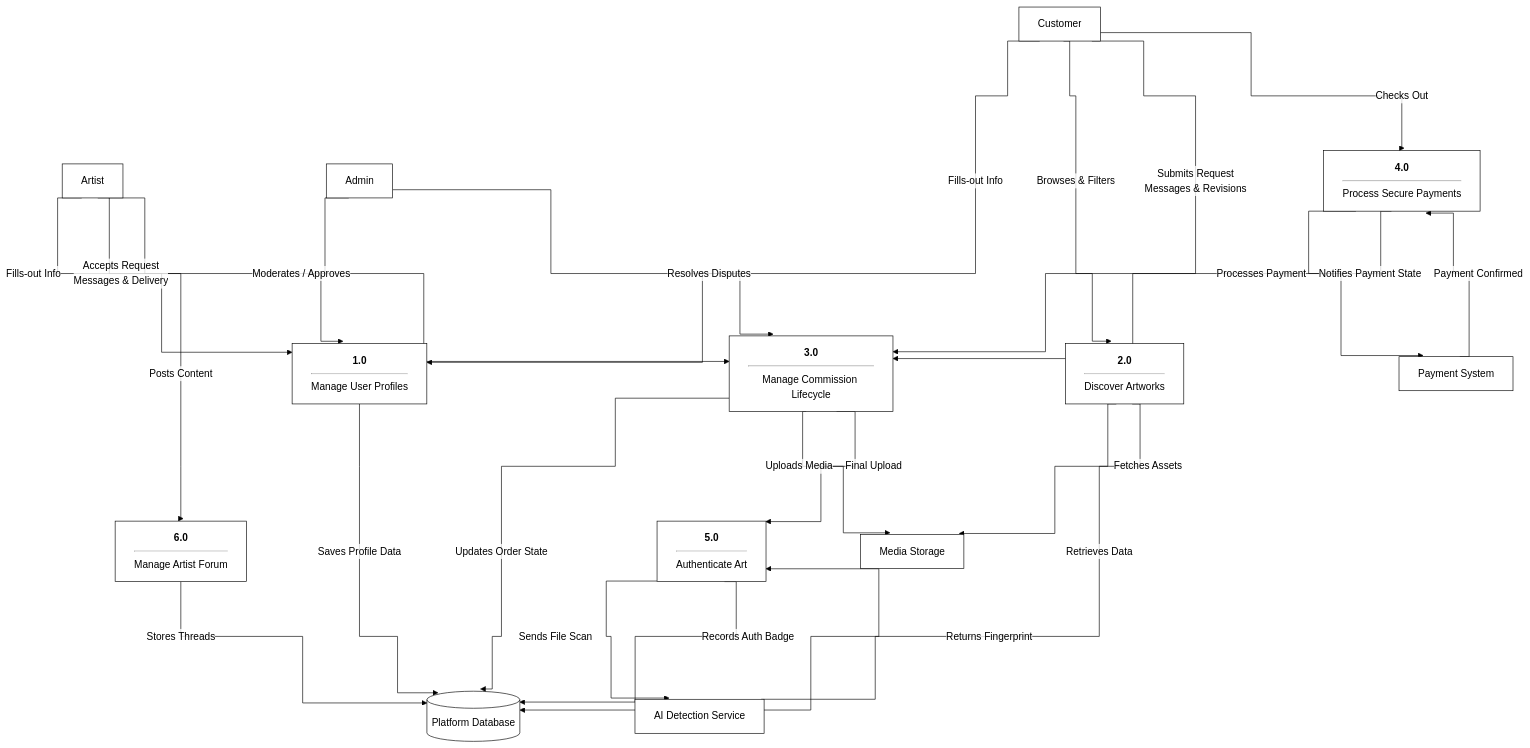
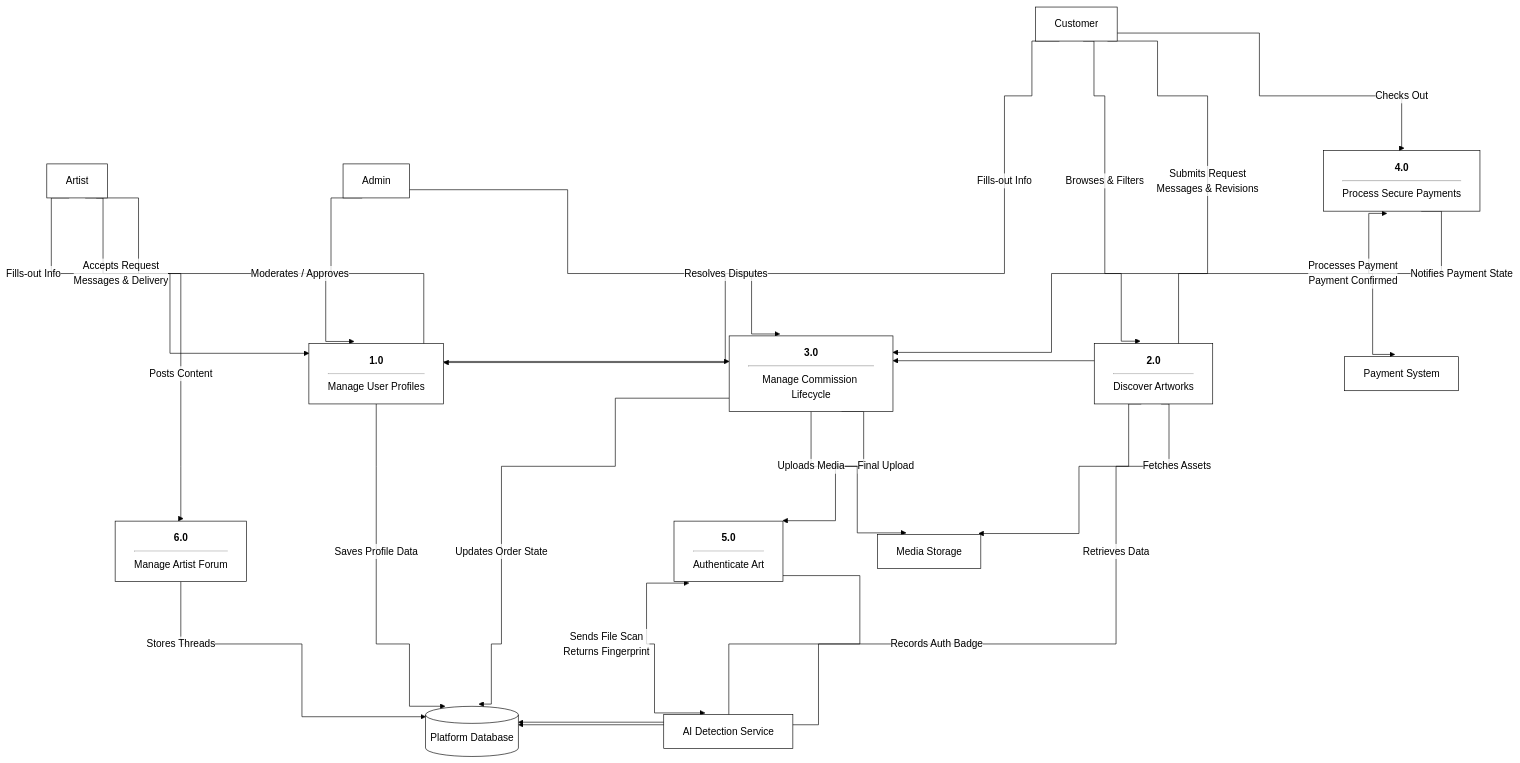
Before and after one commit to binssente-crypto/DFD: the second of 3 diagrams in README.md, drawn with Mermaid. The commit also changed other lines of this file, not shown here.

Commit message:
Reorganize flows and combine bidirectional API arrows to eliminate line overlaps

````diff
--- a/README.md
+++ b/README.md
@@ -32,54 +32,51 @@
 ```mermaid
 %%{init: { 'flowchart': { 'curve': 'step', 'nodeSpacing': 150, 'rankSpacing': 150 }, 'theme': 'base', 'themeVariables': { 'primaryColor': '#ffffff', 'primaryBorderColor': '#000000', 'primaryTextColor': '#000000', 'lineColor': '#000000', 'background': '#ffffff', 'edgeLabelBackground': 'rgba(255, 255, 255, 0.6)' } }}%%
 graph TD
     %% External Entities
     Customer[Customer]
     Artist[Artist]
     Admin[Admin]
     
     %% Generalized Providers
     Payment[Payment System]
     AI_Auth[AI Detection Service]
     Storage[Media Storage]
     
     %% Database Store
     Database[(Platform Database)]
     
     %% Processes
     P1["<b>1.0</b><hr/>Manage User Profiles"]
     P2["<b>2.0</b><hr/>Discover Artworks"]
     P3["<b>3.0</b><hr/>Manage Commission Lifecycle"]
     P4["<b>4.0</b><hr/>Process Secure Payments"]
     P5["<b>5.0</b><hr/>Authenticate Art"]
     P6["<b>6.0</b><hr/>Manage Artist Forum"]
     
     %% Flows
     Customer -- "Fills-out Info" --> P1
     Artist -- "Fills-out Info" --> P1
+    Admin -- "Moderates / Approves" --> P1
     P1 -- "Saves Profile Data" --> Database
     
     Customer -- "Browses & Filters" --> P2
     P2 -- "Retrieves Data" --> Database
     P2 -- "Fetches Assets" --> Storage
     
     Customer -- "Submits Request<br/>Messages & Revisions" --> P3
     Artist -- "Accepts Request<br/>Messages & Delivery" --> P3
+    Admin -- "Resolves Disputes" --> P3
     P3 -- "Updates Order State" --> Database
     P3 -- "Uploads Media" --> Storage
     
     Customer -- "Checks Out" --> P4
-    P4 -- "Processes Payment" --> Payment
-    Payment -- "Payment Confirmed" --> P4
+    P4 <--> |"Processes Payment<br/>Payment Confirmed"| Payment
     P4 -- "Notifies Payment State" --> P3
     
     P3 -- "Final Upload" --> P5
-    P5 -- "Sends File Scan" --> AI_Auth
-    AI_Auth -- "Returns Fingerprint" --> P5
+    P5 <--> |"Sends File Scan<br/>Returns Fingerprint"| AI_Auth
     P5 -- "Records Auth Badge" --> Database
     
     Artist -- "Posts Content" --> P6
     P6 -- "Stores Threads" --> Database
-    
-    Admin -- "Moderates / Approves" --> P1
-    Admin -- "Resolves Disputes" --> P3
 ```
````
